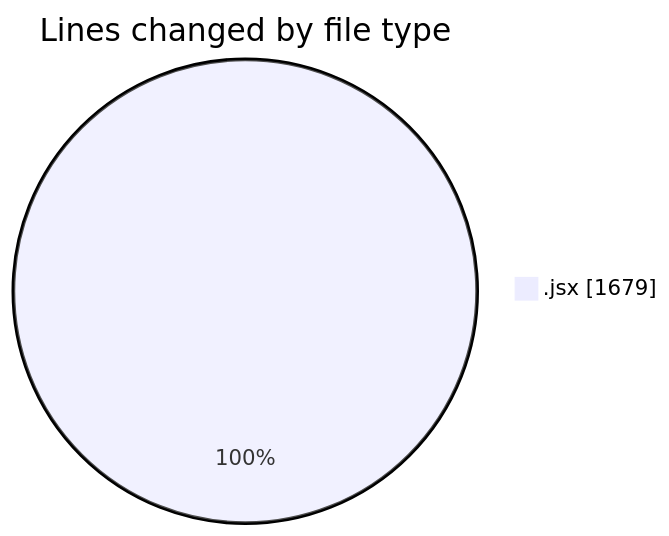
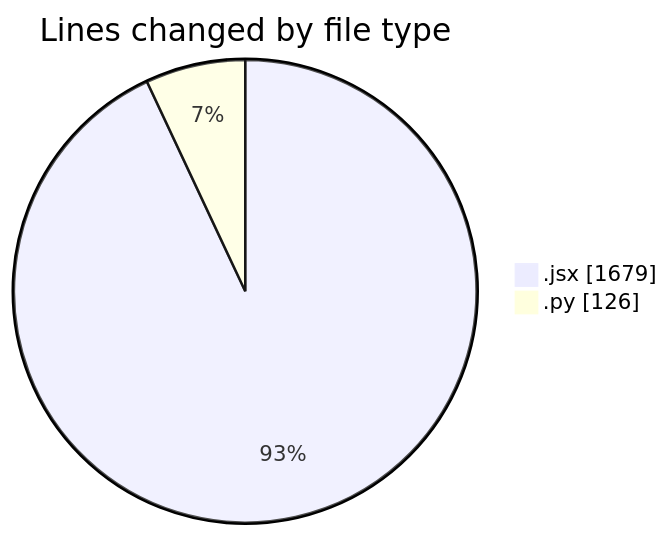
One commit to nxtqubesakshisongat/code-tracking changed the first of 2 diagrams in 2025-05-20/nxtqube_webapp/README.md. Above: the diagram before and after it, drawn with Mermaid. The commit also changed other lines of this file and 1 other file, not shown here.

````diff
--- a/2025-05-20/nxtqube_webapp/README.md
+++ b/2025-05-20/nxtqube_webapp/README.md
@@ -20,5 +21,6 @@
 ```mermaid
 pie showData
 title Lines changed by file type
 ".jsx" : 1679
+".py" : 126
 ```
````
